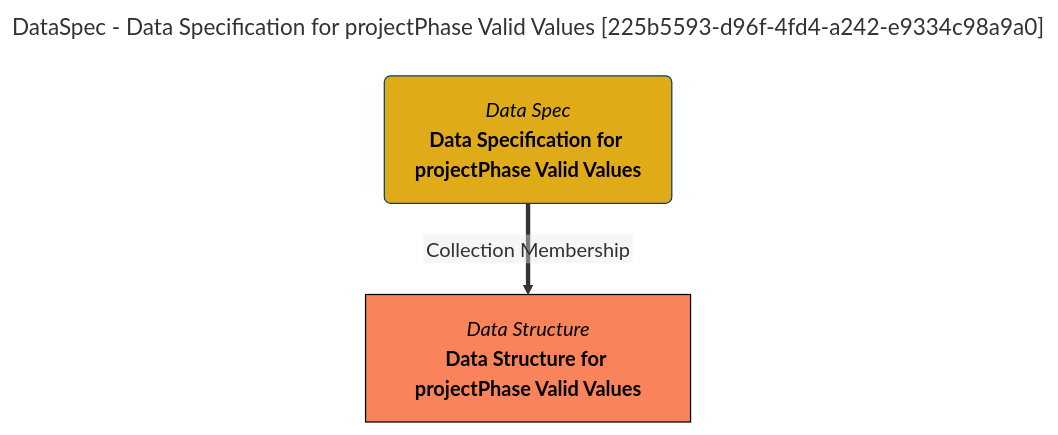
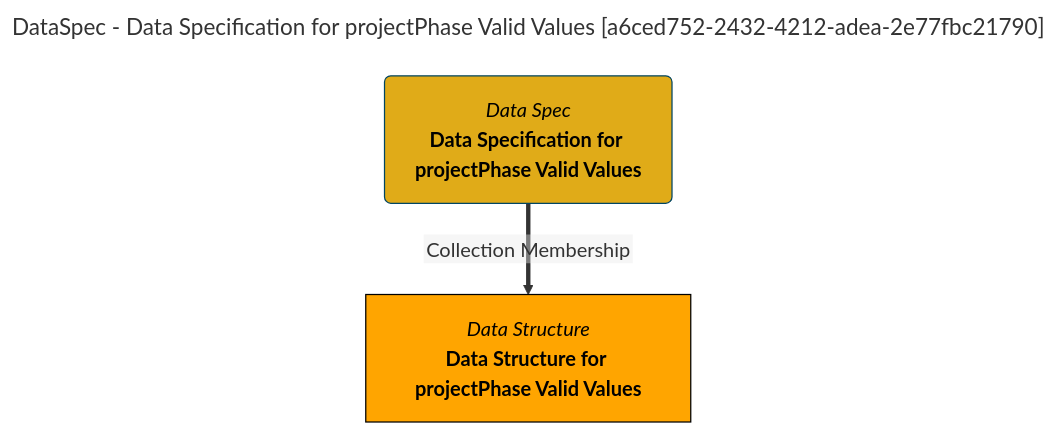
Before and after one commit to odpi/egeria-docs: the diagram in site/snippets/collections/data-specs/data-specification-for-projectphase-valid-values-mermaid-graph.md, drawn with Mermaid. The commit also changed 2201 other files, not shown here.

````diff
--- a/site/snippets/collections/data-specs/data-specification-for-projectphase-valid-values-mermaid-graph.md
+++ b/site/snippets/collections/data-specs/data-specification-for-projectphase-valid-values-mermaid-graph.md
@@ -1,15 +1,15 @@
 ```mermaid
 ---
-title: DataSpec - Data Specification for projectPhase Valid Values [225b5593-d96f-4fd4-a242-e9334c98a9a0]
+title: DataSpec - Data Specification for projectPhase Valid Values [a6ced752-2432-4212-adea-2e77fbc21790]
 ---
 flowchart TD
 %%{init: {"flowchart": {"htmlLabels": false}} }%%
 
 1@{ shape: rounded, label: "*Data Spec*
 **Data Specification for projectPhase Valid Values**"}
 2@{ shape: rect, label: "*Data Structure*
 **Data Structure for projectPhase Valid Values**"}
 1==>|"Collection Membership"|2
 style 1 color:#000000, fill:#e0ab18, stroke:#004563
-style 2 color:#000000, fill:#f9845b, stroke:#000000
+style 2 color:#000000, fill:#FFA500, stroke:#000000
 ```
````
